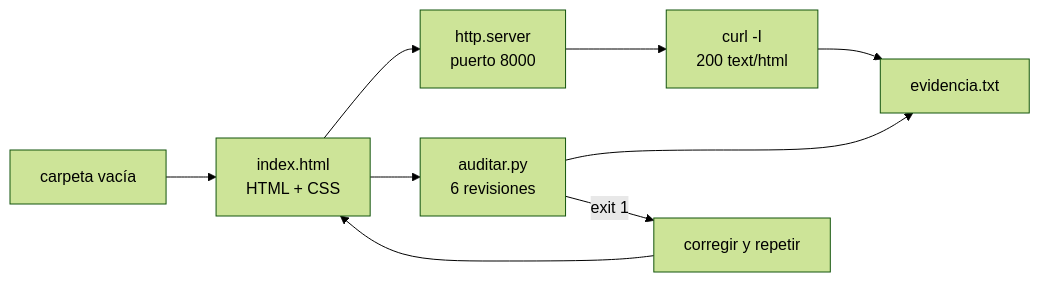
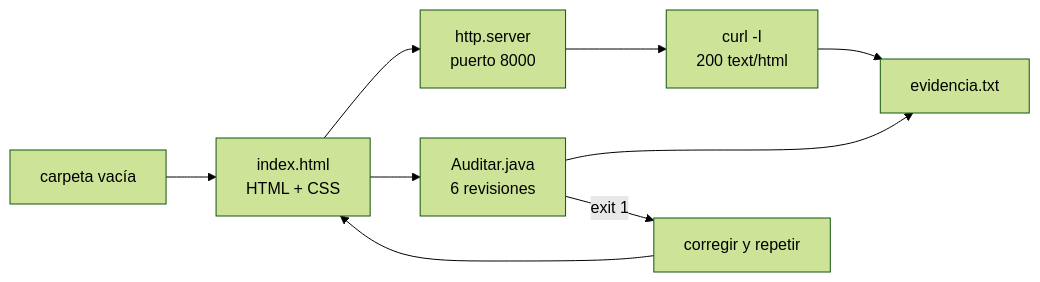
One commit to NICORUIZ93/The_Imperial_Book changed the fifth of 5 diagrams in web/public/content/foundations/modulo-3.md. Above: the diagram before and after it, drawn with Mermaid (forest theme). The commit also changed other lines of this file, not shown here.

First line of the commit message:
contenido(fundamentos): módulo 3 en Java 25

````diff
--- a/web/public/content/foundations/modulo-3.md
+++ b/web/public/content/foundations/modulo-3.md
@@ -1535,11 +1630,11 @@
 ```mermaid
 flowchart LR
     VACIA["carpeta vacía"] --> PAGINA["index.html<br/>HTML + CSS"]
     PAGINA --> SERVIR["http.server<br/>puerto 8000"]
     SERVIR --> CURL["curl -I<br/>200 text/html"]
-    PAGINA --> AUDIT["auditar.py<br/>6 revisiones"]
+    PAGINA --> AUDIT["Auditar.java<br/>6 revisiones"]
     CURL --> EVID["evidencia.txt"]
     AUDIT --> EVID
     AUDIT -->|exit 1| CORREGIR["corregir y repetir"]
     CORREGIR --> PAGINA
 ```
````
